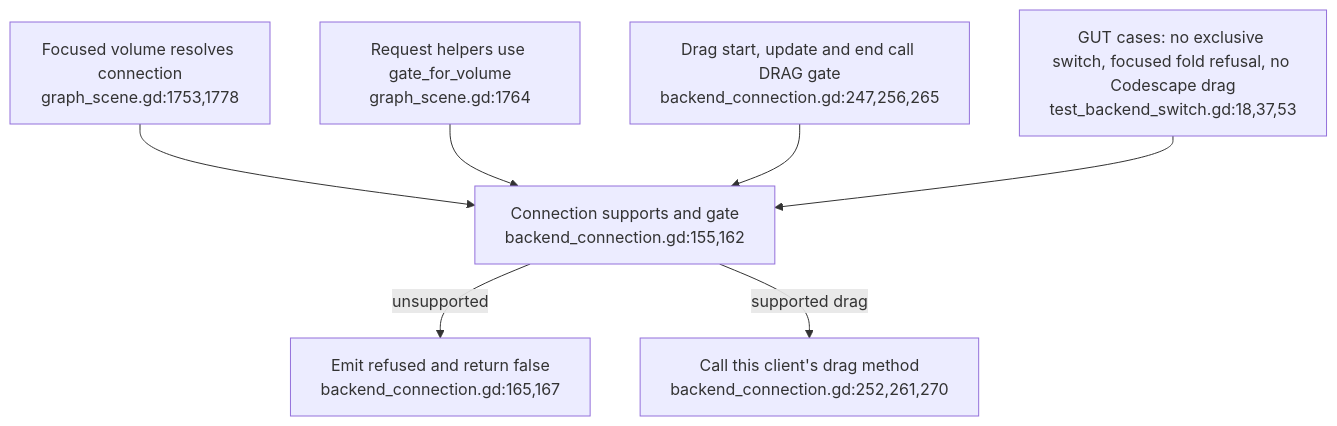
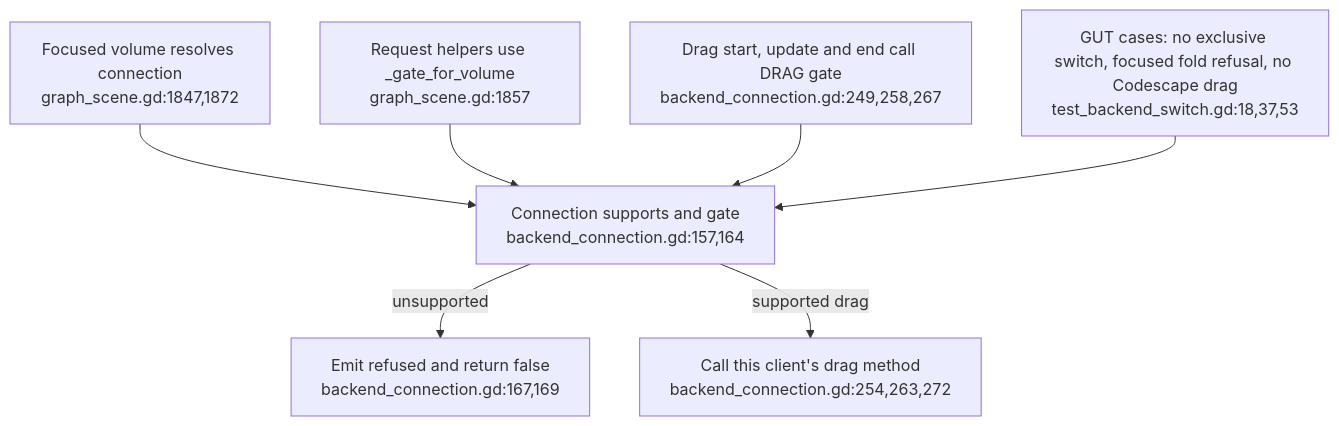
The second of 3 diagrams in docs/diagrams/visionclaw/44-xr-concurrent-backend-connections.md (DreamLab-AI/VisionFlow), drawn with Mermaid before and after one commit. The commit also changed other lines of this file and 173 other files, not shown here.

````diff
--- a/docs/diagrams/visionclaw/44-xr-concurrent-backend-connections.md
+++ b/docs/diagrams/visionclaw/44-xr-concurrent-backend-connections.md
@@ -49,9 +49,9 @@
 ```mermaid
 flowchart TD
-    FOCUS["Focused volume resolves connection<br/>graph_scene.gd:1753,1778"] --> CAP["Connection supports and gate<br/>backend_connection.gd:155,162"]
-    REQ["Request helpers use gate_for_volume<br/>graph_scene.gd:1764"] --> CAP
-    DRAG["Drag start, update and end call DRAG gate<br/>backend_connection.gd:247,256,265"] --> CAP
-    CAP -->|unsupported| NO["Emit refused and return false<br/>backend_connection.gd:165,167"]
-    CAP -->|supported drag| SEND["Call this client's drag method<br/>backend_connection.gd:252,261,270"]
+    FOCUS["Focused volume resolves connection<br/>graph_scene.gd:1847,1872"] --> CAP["Connection supports and gate<br/>backend_connection.gd:157,164"]
+    REQ["Request helpers use _gate_for_volume<br/>graph_scene.gd:1857"] --> CAP
+    DRAG["Drag start, update and end call DRAG gate<br/>backend_connection.gd:249,258,267"] --> CAP
+    CAP -->|unsupported| NO["Emit refused and return false<br/>backend_connection.gd:167,169"]
+    CAP -->|supported drag| SEND["Call this client's drag method<br/>backend_connection.gd:254,263,272"]
     TEST["GUT cases: no exclusive switch, focused fold refusal, no Codescape drag<br/>test_backend_switch.gd:18,37,53"] --> CAP
 ```
````
